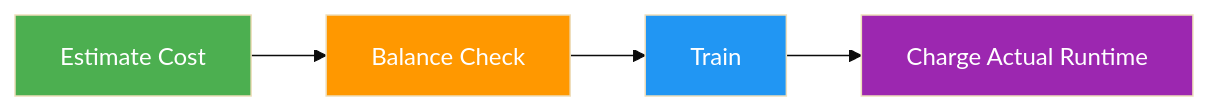
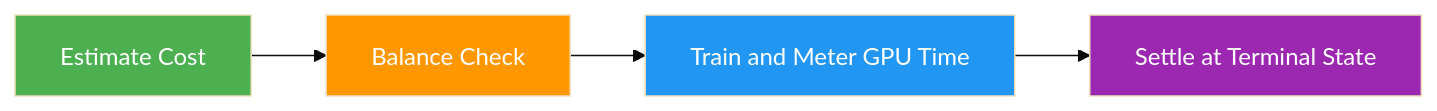
Before and after one commit to Rehman-AD/cv-yolov8-core: the third of 3 diagrams in docs/en/platform/train/cloud-training.md, drawn with Mermaid (base theme). The commit also changed other lines of this file and 6 other files, not shown here.

Commit message:
Align Platform workflow diagrams with the product (#25840)

````diff
--- a/docs/en/platform/train/cloud-training.md
+++ b/docs/en/platform/train/cloud-training.md
@@ -357,11 +357,11 @@
 ```mermaid
 graph LR
     A[Estimate Cost]:::start --> B[Balance Check]:::decide
-    B --> C[Train]:::proc
-    C --> D[Charge Actual Runtime]:::out
+    B --> C[Train and Meter GPU Time]:::proc
+    C --> D[Settle at Terminal State]:::out
 
     classDef start fill:#4CAF50,color:#fff
     classDef proc fill:#2196F3,color:#fff
     classDef decide fill:#FF9800,color:#fff
     classDef out fill:#9C27B0,color:#fff
 ```
````
